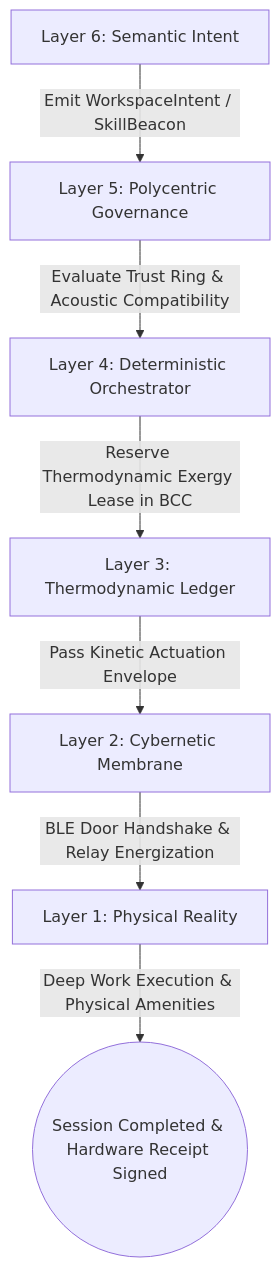
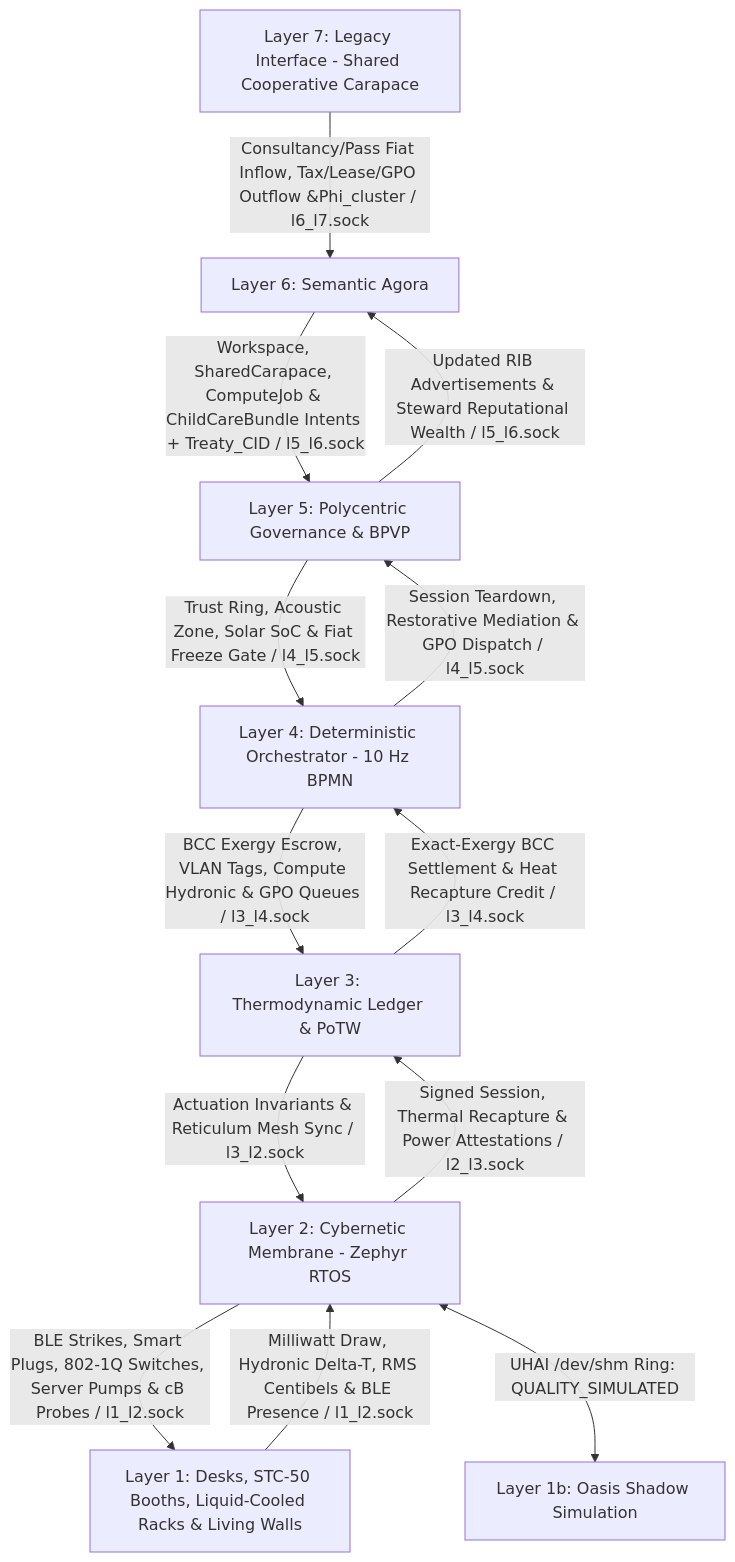
Before and after one commit to raffaine/collective: the first of 3 diagrams in docs/scenarios/epsilon_coworking.md, drawn with Mermaid. The commit also changed other lines of this file and 56 other files, not shown here.

Commit message:
feat(sprints-11-14): implement Homestead playability, 3D pathfinding, Scenario Gamma kitchen, Async Node Proxies, and Layer 6/5/4 architecture

````diff
--- a/docs/scenarios/epsilon_coworking.md
+++ b/docs/scenarios/epsilon_coworking.md
@@ -41,9 +114,15 @@
 ```mermaid
 graph TD
-    L6[Layer 6: Semantic Intent] -->|Emit WorkspaceIntent / SkillBeacon| L5[Layer 5: Polycentric Governance]
-    L5 -->|Evaluate Trust Ring & Acoustic Compatibility| L4[Layer 4: Deterministic Orchestrator]
-    L4 -->|Reserve Thermodynamic Exergy Lease in BCC| L3[Layer 3: Thermodynamic Ledger]
-    L3 -->|Pass Kinetic Actuation Envelope| L2[Layer 2: Cybernetic Membrane]
-    L2 -->|BLE Door Handshake & Relay Energization| L1[Layer 1: Physical Reality]
-    L1 -->|Deep Work Execution & Physical Amenities| End((Session Completed & Hardware Receipt Signed))
+    L7[Layer 7: Legacy Interface - Shared Cooperative Carapace] -->|Consultancy/Pass Fiat Inflow, Tax/Lease/GPO Outflow &Phi_cluster / l6_l7.sock| L6[Layer 6: Semantic Agora]
+    L6 -->|Workspace, SharedCarapace, ComputeJob & ChildCareBundle Intents + Treaty_CID / l5_l6.sock| L5[Layer 5: Polycentric Governance & BPVP]
+    L5 -->|Trust Ring, Acoustic Zone, Solar SoC & Fiat Freeze Gate / l4_l5.sock| L4[Layer 4: Deterministic Orchestrator - 10 Hz BPMN]
+    L4 -->|BCC Exergy Escrow, VLAN Tags, Compute Hydronic & GPO Queues / l3_l4.sock| L3[Layer 3: Thermodynamic Ledger & PoTW]
+    L3 -->|Actuation Invariants & Reticulum Mesh Sync / l3_l2.sock| L2[Layer 2: Cybernetic Membrane - Zephyr RTOS]
+    L2 -->|BLE Strikes, Smart Plugs, 802-1Q Switches, Server Pumps & cB Probes / l1_l2.sock| L1[Layer 1: Desks, STC-50 Booths, Liquid-Cooled Racks & Living Walls]
+    L2 <-->|UHAI /dev/shm Ring: QUALITY_SIMULATED| L1b[Layer 1b: Oasis Shadow Simulation]
+    L1 -->|Milliwatt Draw, Hydronic Delta-T, RMS Centibels & BLE Presence / l1_l2.sock| L2
+    L2 -->|Signed Session, Thermal Recapture & Power Attestations / l2_l3.sock| L3
+    L3 -->|Exact-Exergy BCC Settlement & Heat Recapture Credit / l3_l4.sock| L4
+    L4 -->|Session Teardown, Restorative Mediation & GPO Dispatch / l4_l5.sock| L5
+    L5 -->|Updated RIB Advertisements & Steward Reputational Wealth / l5_l6.sock| L6
 ```
````
